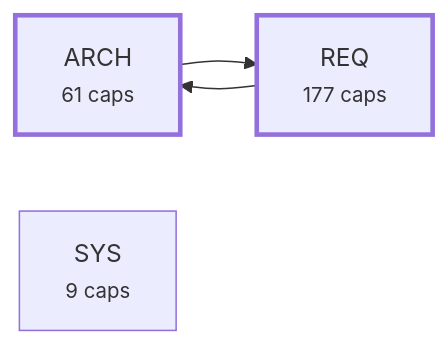
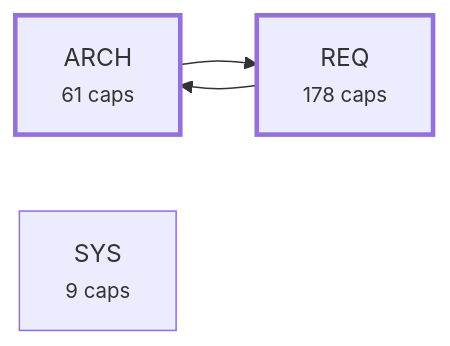
The fourth of 5 diagrams in plugin/requirements/_map.md (alxmax/Requirement-manager), drawn with Mermaid before and after one commit. The commit also changed other lines of this file and 23 other files, not shown here.

````diff
--- a/plugin/requirements/_map.md
+++ b/plugin/requirements/_map.md
@@ -1070,10 +1073,10 @@
 ```mermaid
 graph LR
   a_ARCH["ARCH<br><small>61 caps</small>"]
-  a_REQ["REQ<br><small>177 caps</small>"]
+  a_REQ["REQ<br><small>178 caps</small>"]
   a_SYS["SYS<br><small>9 caps</small>"]
   a_ARCH --> a_REQ
   a_REQ --> a_ARCH
   style a_ARCH stroke-width:3px
   style a_REQ stroke-width:3px
 ```
````
